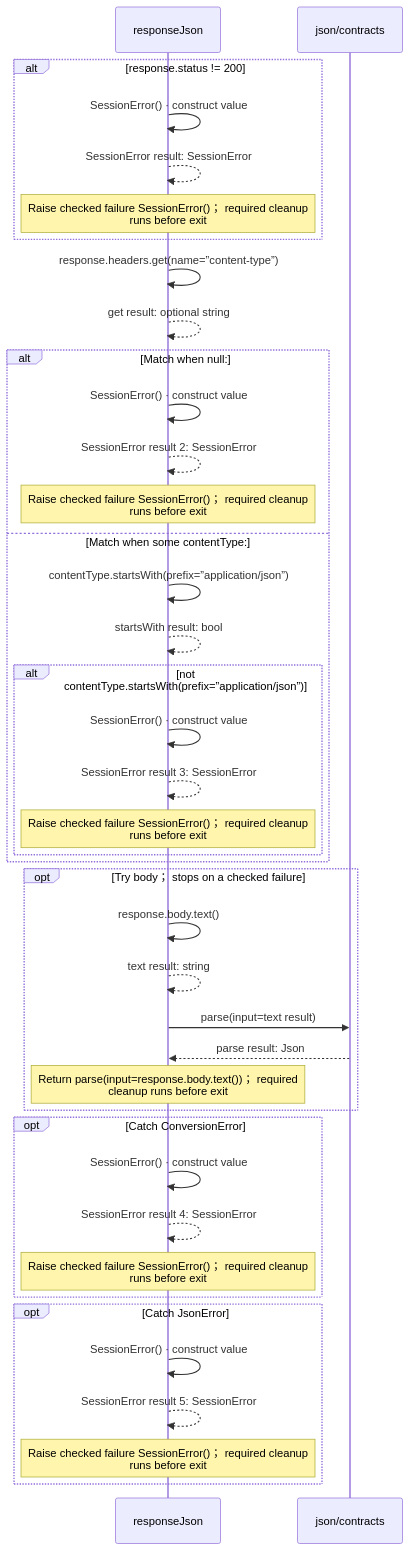
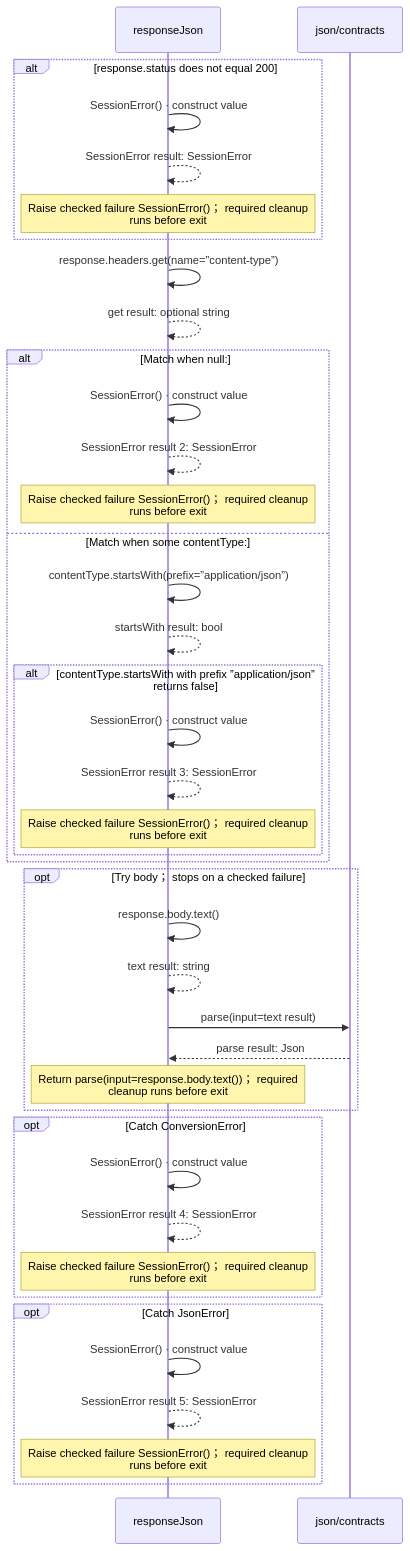
One commit to GreenPandaStudios/augscript changed the fourth of 9 diagrams in docs/examples/oidc-login/client/protocol-diagrams.md. Above: the diagram before and after it, drawn with Mermaid. The commit also changed other lines of this file and 658 other files, not shown here.

````diff
--- a/docs/examples/oidc-login/client/protocol-diagrams.md
+++ b/docs/examples/oidc-login/client/protocol-diagrams.md
@@ -77,42 +83,42 @@
 ```mermaid
 sequenceDiagram
     participant p0 as responseJson
     participant p1 as json/contracts
-    alt response.status != 200
+    alt response.status does not equal 200
     p0->>p0: SessionError() · construct value
     p0-->>p0: SessionError result: SessionError
     Note over p0: Raise checked failure SessionError()； required cleanup<br/>runs before exit
     end
     p0->>p0: response.headers.get(name=”content-type”)
     p0-->>p0: get result: optional string
     alt Match when null:
     p0->>p0: SessionError() · construct value
     p0-->>p0: SessionError result 2: SessionError
     Note over p0: Raise checked failure SessionError()； required cleanup<br/>runs before exit
     else Match when some contentType:
     p0->>p0: contentType.startsWith(prefix=”application/json”)
     p0-->>p0: startsWith result: bool
-    alt not contentType.startsWith(prefix=”application/json”)
+    alt contentType.startsWith with prefix ”application/json”<br/>returns false
     p0->>p0: SessionError() · construct value
     p0-->>p0: SessionError result 3: SessionError
     Note over p0: Raise checked failure SessionError()； required cleanup<br/>runs before exit
     end
     end
     opt Try body； stops on a checked failure
     p0->>p0: response.body.text()
     p0-->>p0: text result: string
     p0->>p1: parse(input=text result)
     p1-->>p0: parse result: Json
     Note over p0: Return parse(input=response.body.text())； required<br/>cleanup runs before exit
     end
     opt Catch ConversionError
     p0->>p0: SessionError() · construct value
     p0-->>p0: SessionError result 4: SessionError
     Note over p0: Raise checked failure SessionError()； required cleanup<br/>runs before exit
     end
     opt Catch JsonError
     p0->>p0: SessionError() · construct value
     p0-->>p0: SessionError result 5: SessionError
     Note over p0: Raise checked failure SessionError()； required cleanup<br/>runs before exit
     end
 ```
````
